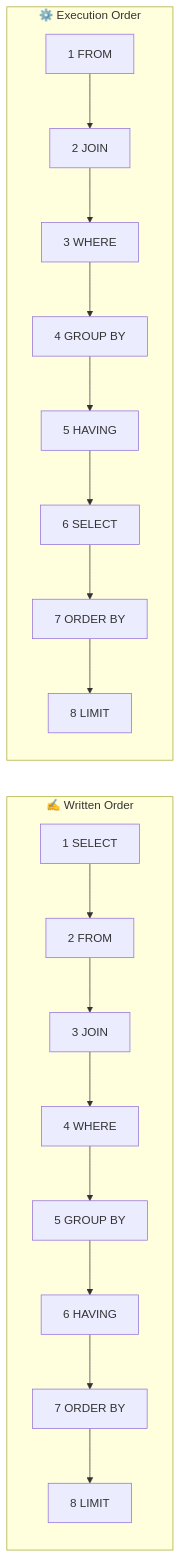
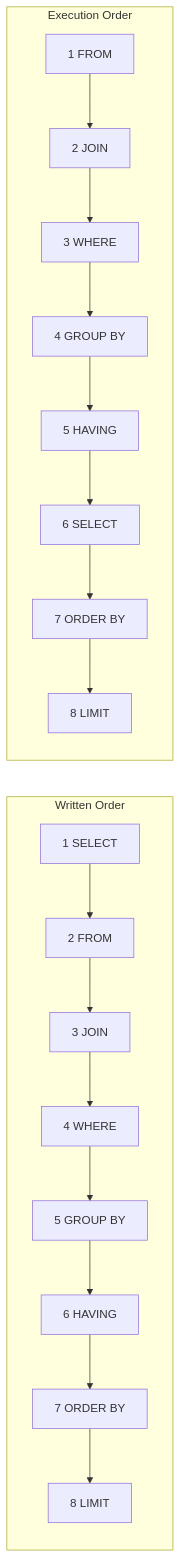
The second of 7 diagrams in sql.md (naveenkumar1661997/notes), drawn with Mermaid before and after one commit. The commit also changed other lines of this file and 12 other files, not shown here.

```diff
--- a/sql.md
+++ b/sql.md
@@ -56,11 +56,11 @@
 <pre class="mermaid">
 flowchart LR
-    subgraph W["✍️ Written Order"]
+    subgraph W["Written Order"]
         direction TB
         w1["1 SELECT"] --> w2["2 FROM"] --> w3["3 JOIN"] --> w4["4 WHERE"] --> w5["5 GROUP BY"] --> w6["6 HAVING"] --> w7["7 ORDER BY"] --> w8["8 LIMIT"]
     end
-    subgraph E["⚙️ Execution Order"]
+    subgraph E["Execution Order"]
         direction TB
         e1["1 FROM"] --> e2["2 JOIN"] --> e3["3 WHERE"] --> e4["4 GROUP BY"] --> e5["5 HAVING"] --> e6["6 SELECT"] --> e7["7 ORDER BY"] --> e8["8 LIMIT"]
     end
 </pre>
```
